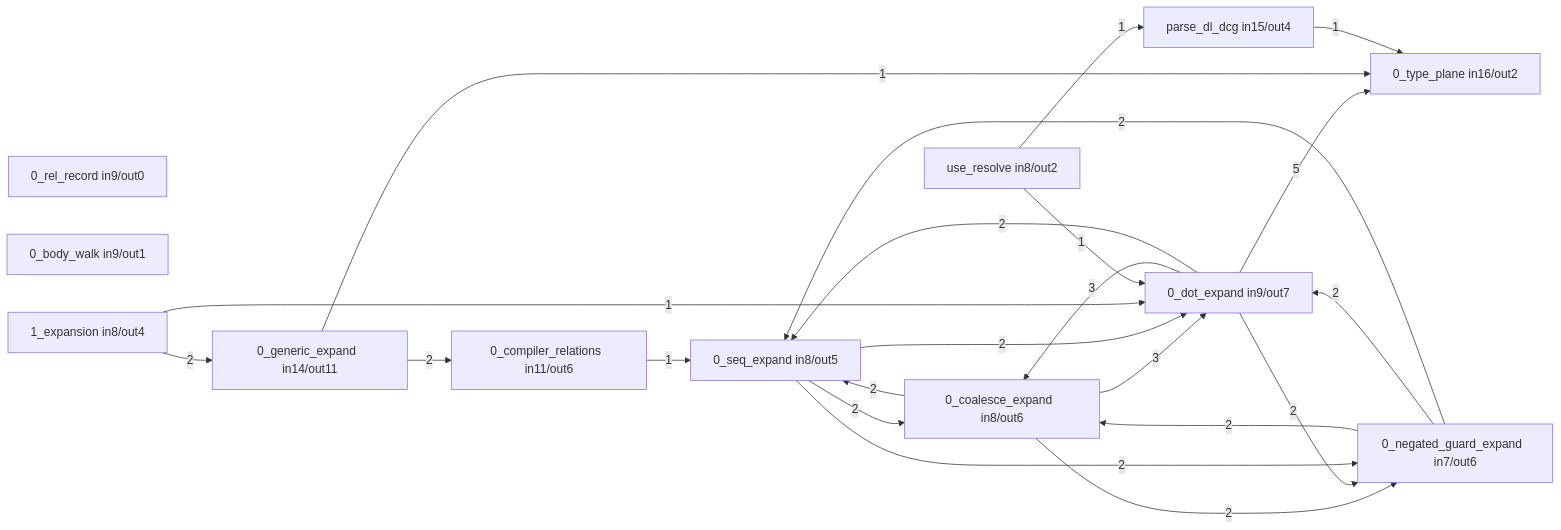
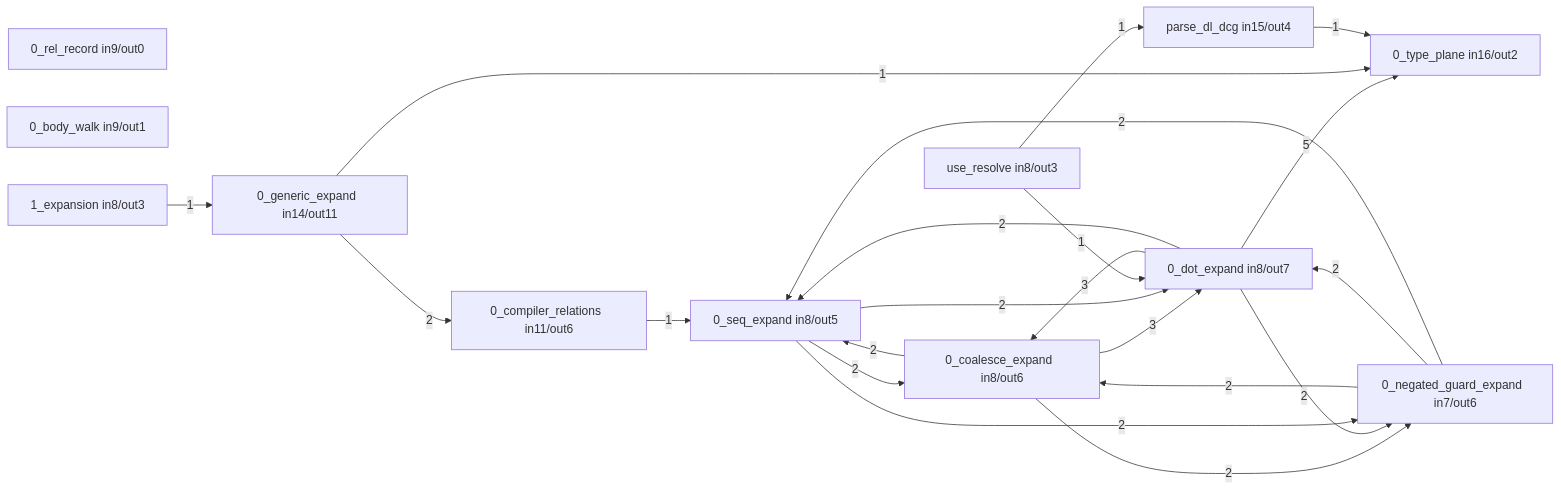
The second of 6 diagrams in docs/selfdoc/compiler.md (hafley66/sprefa), drawn with Mermaid before and after one commit. The commit also changed other lines of this file and 1 other file, not shown here.

Commit message:
selfdoc: redraw both boards on cf2e0becc

Refs-Issue: @compiler-extract-self

````diff
--- a/docs/selfdoc/compiler.md
+++ b/docs/selfdoc/compiler.md
@@ -78,36 +78,35 @@
 ```mermaid
 flowchart LR
   n1["0_type_plane  in16/out2"]
   n2["parse_dl_dcg  in15/out4"]
   n3["0_generic_expand  in14/out11"]
   n4["0_compiler_relations  in11/out6"]
-  n5["0_dot_expand  in9/out7"]
-  n6["0_rel_record  in9/out0"]
-  n7["0_body_walk  in9/out1"]
-  n8["use_resolve  in8/out2"]
+  n5["0_rel_record  in9/out0"]
+  n6["0_body_walk  in9/out1"]
+  n7["0_dot_expand  in8/out7"]
+  n8["use_resolve  in8/out3"]
   n9["0_coalesce_expand  in8/out6"]
   n10["0_seq_expand  in8/out5"]
-  n11["1_expansion  in8/out4"]
+  n11["1_expansion  in8/out3"]
   n12["0_negated_guard_expand  in7/out6"]
-  n5 -->|5| n1
-  n9 -->|3| n5
-  n5 -->|3| n9
+  n7 -->|5| n1
+  n9 -->|3| n7
+  n7 -->|3| n9
   n9 -->|2| n12
   n9 -->|2| n10
-  n5 -->|2| n12
-  n5 -->|2| n10
+  n7 -->|2| n12
+  n7 -->|2| n10
   n3 -->|2| n4
   n12 -->|2| n9
-  n12 -->|2| n5
+  n12 -->|2| n7
   n12 -->|2| n10
   n10 -->|2| n9
-  n10 -->|2| n5
+  n10 -->|2| n7
   n10 -->|2| n12
-  n11 -->|2| n3
   n4 -->|1| n10
   n3 -->|1| n1
-  n11 -->|1| n5
+  n11 -->|1| n3
   n2 -->|1| n1
-  n8 -->|1| n5
+  n8 -->|1| n7
   n8 -->|1| n2
 ```
````
